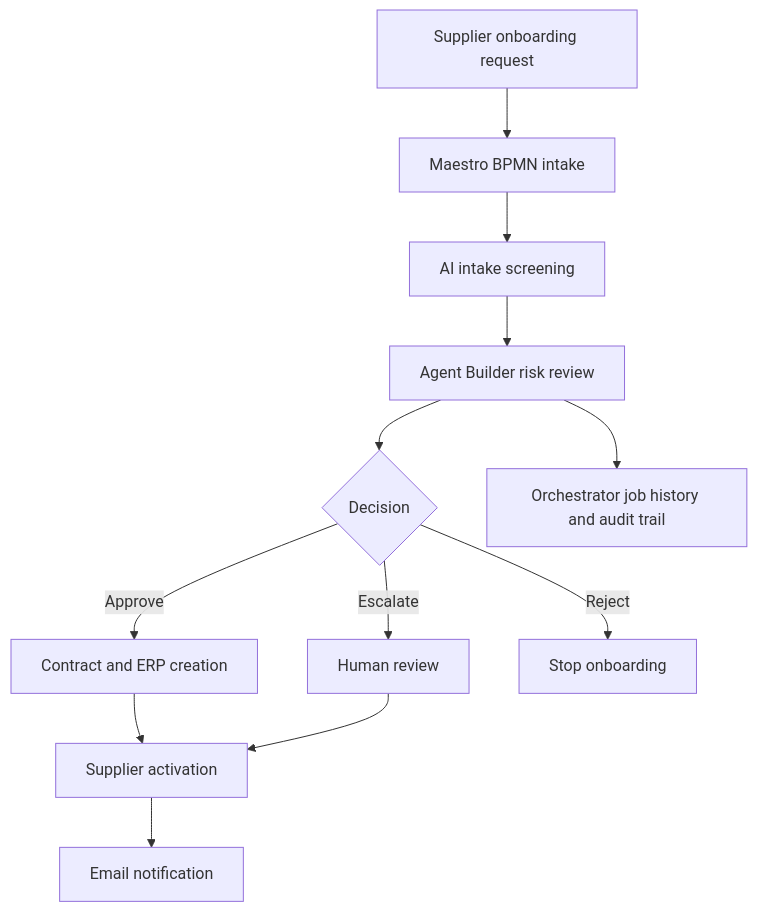
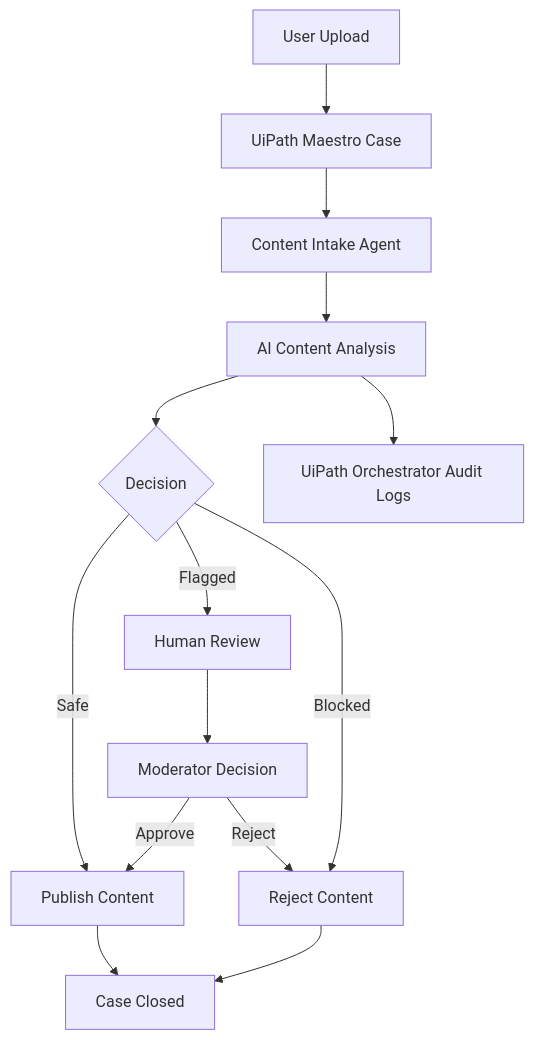
Before and after one commit to Jagadeesh-2006r/SentriAI-Intelligent-Content-Moderation: the diagram in docs/architecture.md, drawn with Mermaid. The commit also changed other lines of this file and 10 other files, not shown here.

````diff
--- a/docs/architecture.md
+++ b/docs/architecture.md
@@ -19,14 +23,20 @@
 ```mermaid
 flowchart TD
-    A[Supplier onboarding request] --> B[Maestro BPMN intake]
-    B --> C[AI intake screening]
-    C --> D[Agent Builder risk review]
+    A[User Upload] --> B[UiPath Maestro Case]
+    B --> C[Content Intake Agent]
+    C --> D[AI Content Analysis]
     D --> E{Decision}
-    E -->|Approve| F[Contract and ERP creation]
-    E -->|Escalate| G[Human review]
-    E -->|Reject| H[Stop onboarding]
-    F --> I[Supplier activation]
-    G --> I
-    I --> J[Email notification]
-    D --> K[Orchestrator job history and audit trail]
+
+    E -->|Safe| F[Publish Content]
+    E -->|Flagged| G[Human Review]
+    E -->|Blocked| H[Reject Content]
+
+    G --> I[Moderator Decision]
+    I -->|Approve| F
+    I -->|Reject| H
+
+    F --> J[Case Closed]
+    H --> J
+
+    D --> K[UiPath Orchestrator Audit Logs]
 ```
````
